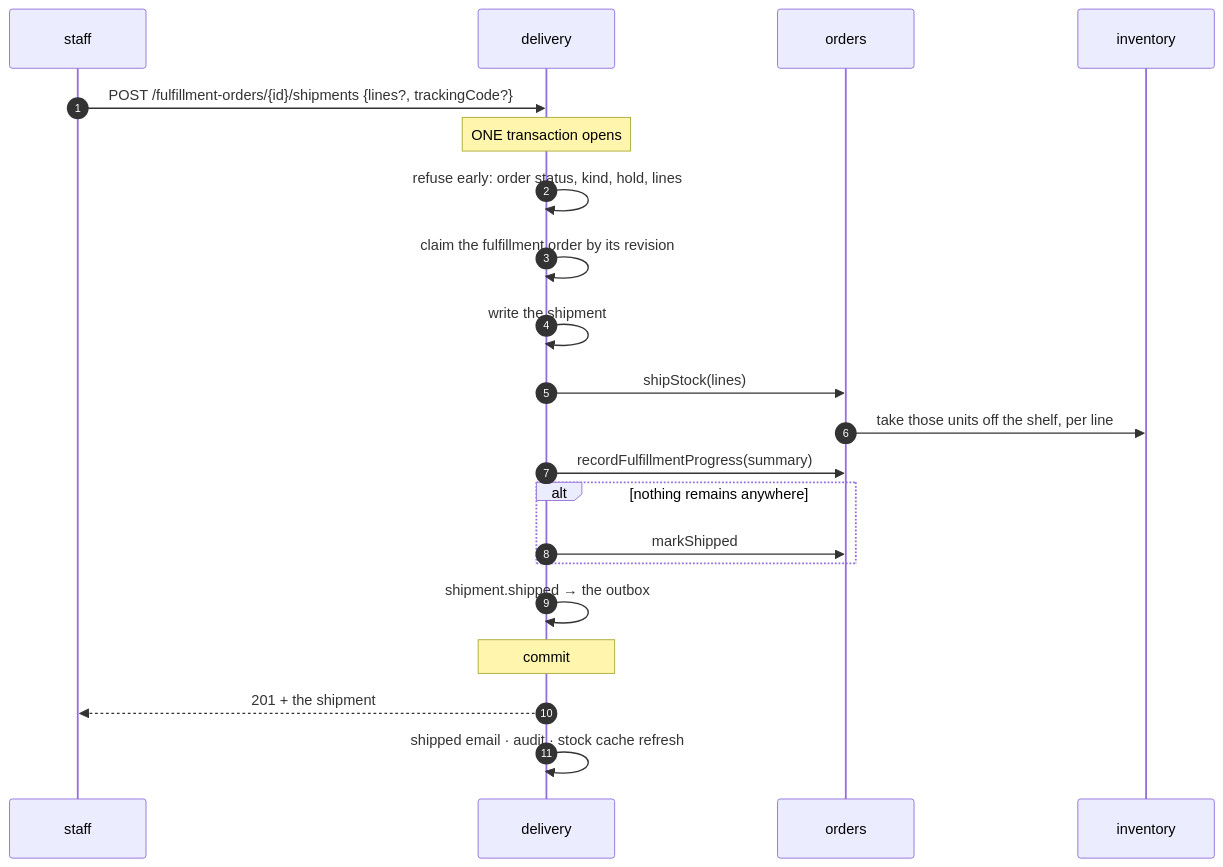
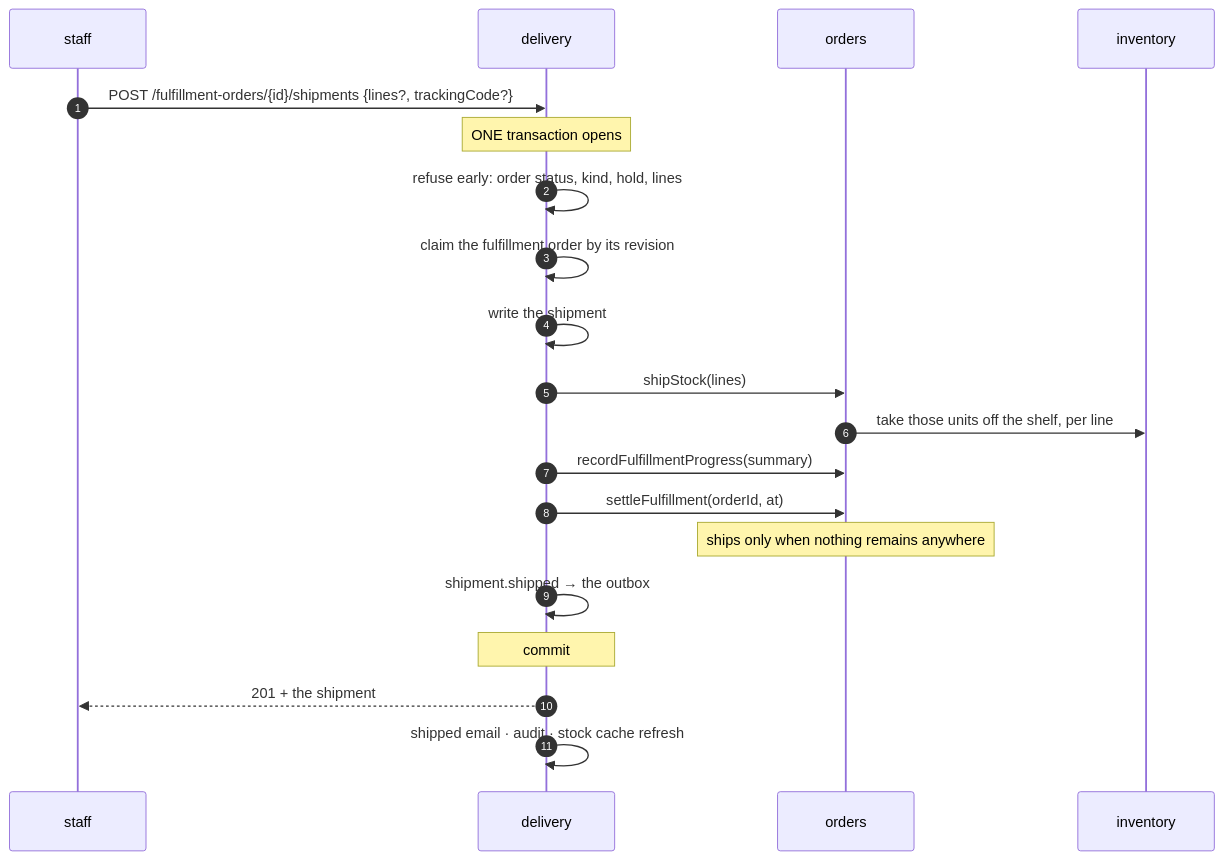
Before and after one commit to Guebbit/boilerplate-node-backend: the seventh of 8 diagrams in docs/modules/delivery.md, drawn with Mermaid. The commit also changed other lines of this file and 18 other files, not shown here.

````diff
--- a/docs/modules/delivery.md
+++ b/docs/modules/delivery.md
@@ -422,23 +422,22 @@
 ```mermaid
 sequenceDiagram
     autonumber
     participant S as staff
     participant D as delivery
     participant O as orders
     participant I as inventory
     S->>D: POST /fulfillment-orders/{id}/shipments {lines?, trackingCode?}
     Note over D: ONE transaction opens
     D->>D: refuse early: order status, kind, hold, lines
     D->>D: claim the fulfillment order by its revision
     D->>D: write the shipment
     D->>O: shipStock(lines)
     O->>I: take those units off the shelf, per line
     D->>O: recordFulfillmentProgress(summary)
-    alt nothing remains anywhere
-        D->>O: markShipped
-    end
+    D->>O: settleFulfillment(orderId, at)
+    Note over O: ships only when nothing remains anywhere
     D->>D: shipment.shipped → the outbox
     Note over D: commit
     D-->>S: 201 + the shipment
     D->>D: shipped email · audit · stock cache refresh
 ```
````
